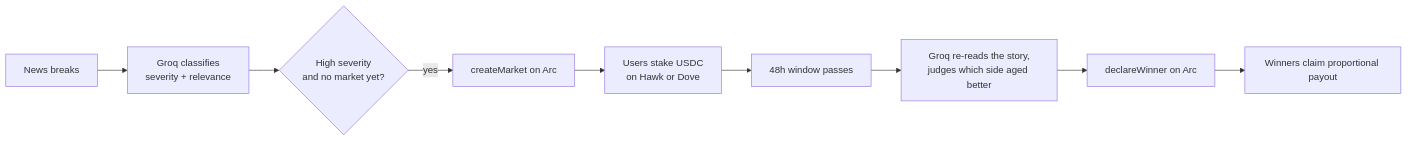
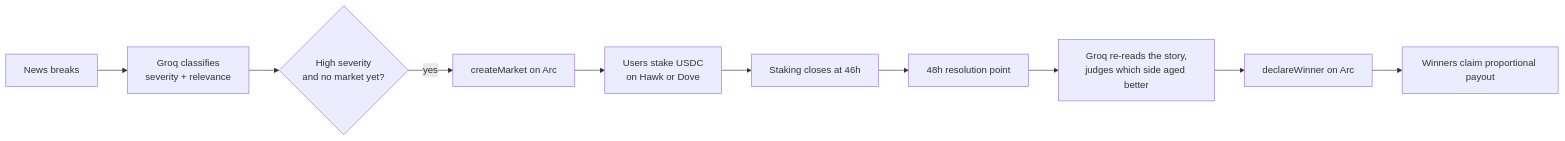
Before and after one commit to blocknine0/geomacro: the second of 4 diagrams in README.md, drawn with Mermaid. The commit also changed other lines of this file, not shown here.

````diff
--- a/README.md
+++ b/README.md
@@ -102,11 +102,12 @@
 ```mermaid
 flowchart LR
     A[News breaks] --> B[Groq classifies<br/>severity + relevance]
     B --> C{High severity<br/>and no market yet?}
     C -->|yes| D[createMarket on Arc]
     D --> E[Users stake USDC<br/>on Hawk or Dove]
-    E --> F[48h window passes]
+    E --> E2[Staking closes at 46h]
+    E2 --> F[48h resolution point]
     F --> G[Groq re-reads the story,<br/>judges which side aged better]
     G --> H[declareWinner on Arc]
     H --> I[Winners claim proportional payout]
 ```
````
